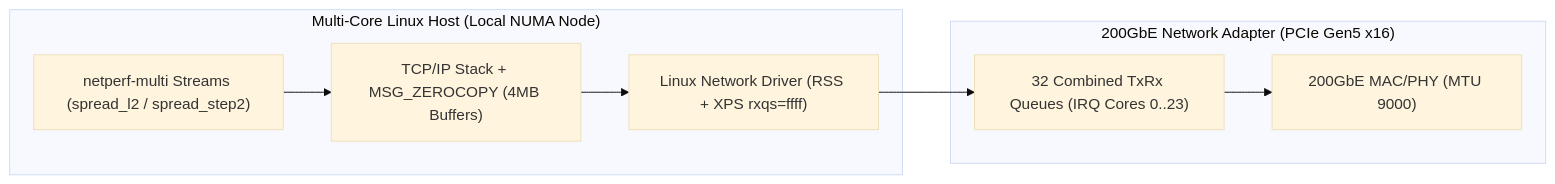
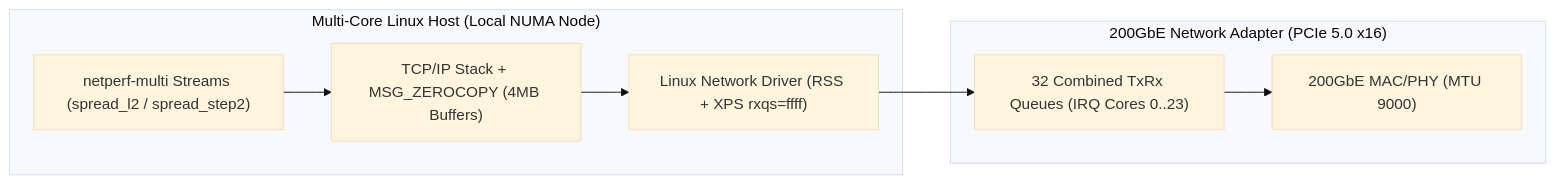
One commit to thehevy/netperf_copilot changed the diagram in templates/TEMPLATE_03_Architecture_White_Paper_and_Benchmark_Study.md. Above: the diagram before and after it, drawn with Mermaid (base theme). The commit also changed other lines of this file and 13 other files, not shown here.

Commit message:
style(pcie): use PCIe 4.0, PCIe 5.0, and PCIe 6.0 instead of Gen4/Gen5/Gen6 across docs, wiki, and tools

````diff
--- a/templates/TEMPLATE_03_Architecture_White_Paper_and_Benchmark_Study.md
+++ b/templates/TEMPLATE_03_Architecture_White_Paper_and_Benchmark_Study.md
@@ -49,13 +49,13 @@
 ```mermaid
 flowchart LR
     subgraph Host["Multi-Core Linux Host (Local NUMA Node)"]
         App["netperf-multi Streams (spread_l2 / spread_step2)"]
         Stack["TCP/IP Stack + MSG_ZEROCOPY (4MB Buffers)"]
         Driver["Linux Network Driver (RSS + XPS rxqs=ffff)"]
     end
-    subgraph Adapter["200GbE Network Adapter (PCIe Gen5 x16)"]
+    subgraph Adapter["200GbE Network Adapter (PCIe 5.0 x16)"]
         Queues["32 Combined TxRx Queues (IRQ Cores 0..23)"]
         MAC["200GbE MAC/PHY (MTU 9000)"]
     end
     App --> Stack --> Driver --> Queues --> MAC
 ```
````
